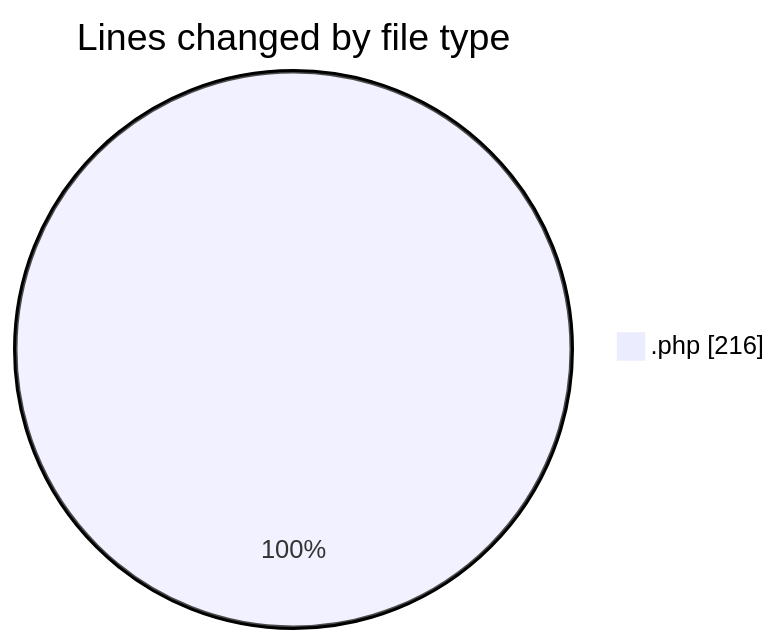
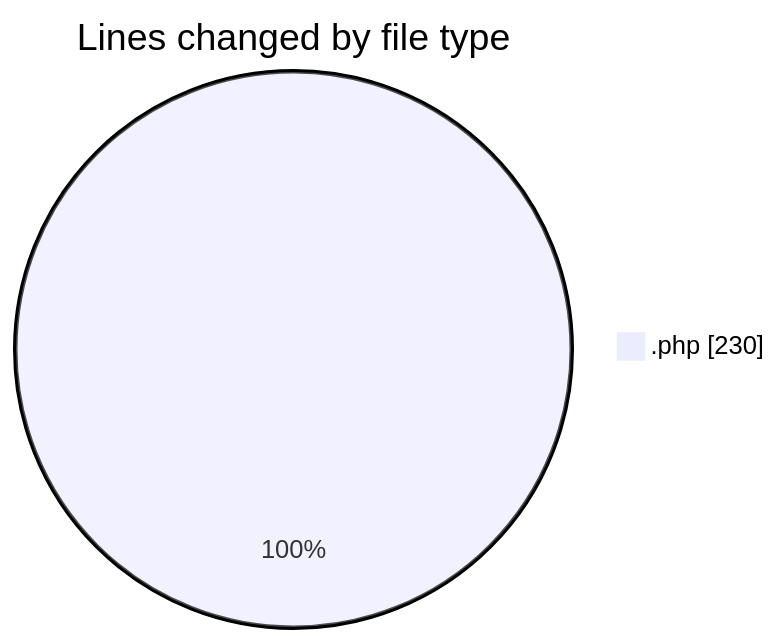
The first of 2 diagrams in 2026-08-31/web/README.md (LanceThiago/code-tracking), drawn with Mermaid before and after one commit. The commit also changed other lines of this file and 1 other file, not shown here.

````diff
--- a/2026-08-31/web/README.md
+++ b/2026-08-31/web/README.md
@@ -22,5 +22,5 @@
 ```mermaid
 pie showData
 title Lines changed by file type
-".php" : 216
+".php" : 230
 ```
````
